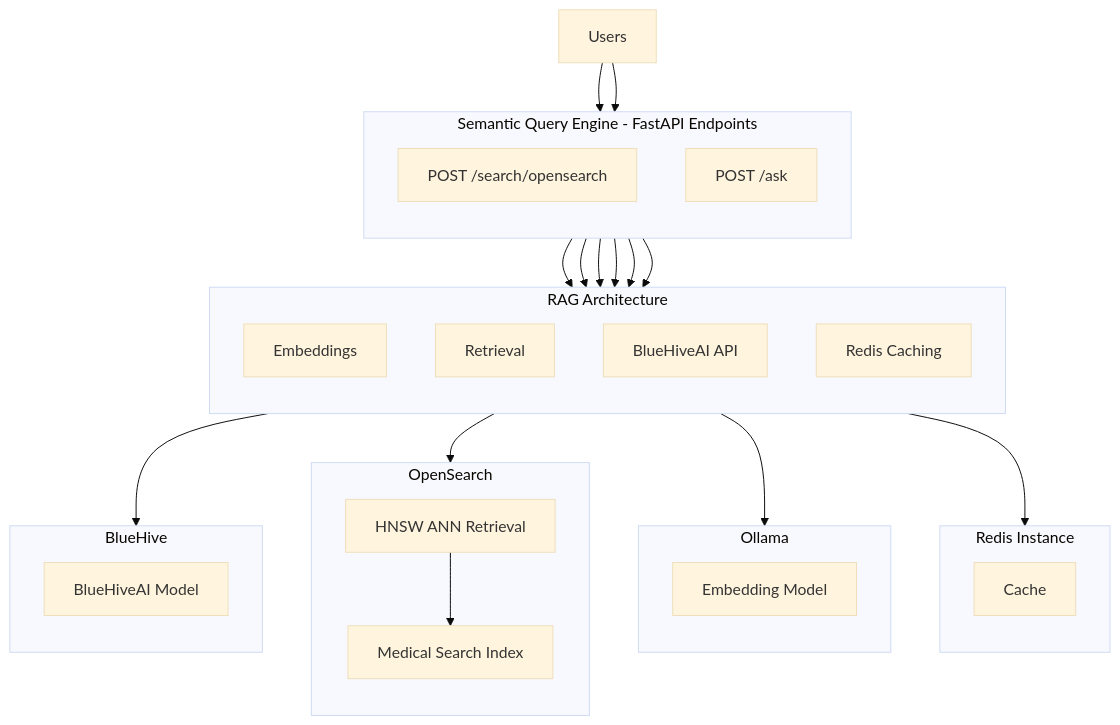
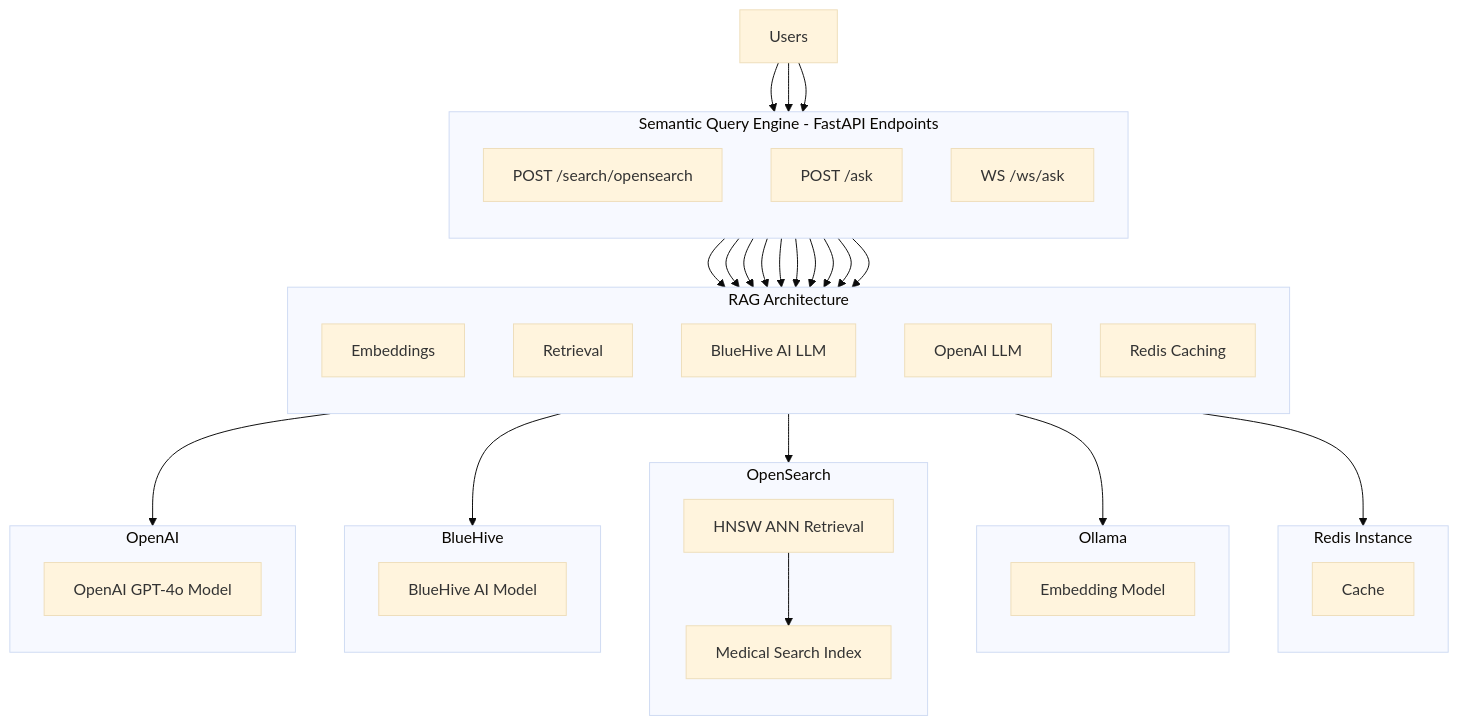
Before and after one commit to NeuralRevenant/semantic-query-engine: the diagram in README.md, drawn with Mermaid. The commit also changed other lines of this file, not shown here.

Commit message:
WS Added
WebSockets Layer added

````diff
--- a/README.md
+++ b/README.md
@@ -7,59 +7,67 @@
 ```mermaid
 ---
 config:
   theme: base
   themeVariables:
     primaryColor: #121212
     secondaryColor: #BB86FC
     tertiaryColor: #03DAC6
     primaryTextColor: #E0E0E0
     secondaryTextColor: #FFFFFF
     tertiaryTextColor: #FFFFFF
     lineColor: #BB86FC
     nodeBorder: #03DAC6
     clusterBkg: #1F1B24
     clusterBorder: #BB86FC
     background: #121212
     fontFamily: "Fira Code, monospace"
     outerStrokeWidth: 2px
     boxShadow: 5px 5px 15px rgba(0, 0, 0, 0.6)
 ---
 flowchart TD
  subgraph FastAPI["Semantic Query Engine - FastAPI Endpoints"]
     direction TB
         C["POST /search/opensearch"]
         D["POST /ask"]
+        W["WS /ws/ask"]
   end
  subgraph RAG_Model["RAG Architecture"]
     direction TB
         E["Embeddings"]
         F["Retrieval"]
-        G["BlueHiveAI API"]
+        G1["BlueHive AI LLM"]
+        G2["OpenAI LLM"]
         H["Redis Caching"]
   end
  subgraph Redis["Redis Instance"]
     direction TB
         I["Cache"]
   end
  subgraph Embedding_Service["Ollama"]
     direction TB
         J["Embedding Model"]
   end
  subgraph OpenSearch["OpenSearch"]
     direction TB
         L["HNSW ANN Retrieval"]
         M["Medical Search Index"]
   end
  subgraph BlueHive["BlueHive"]
     direction TB
-        N["BlueHiveAI Model"]
+        N["BlueHive AI Model"]
   end
-    n1["Users"] --> C & D
-    D --> E & F & G & H
+ subgraph OpenAI["OpenAI"]
+    direction TB
+        O["OpenAI GPT-4o Model"]
+  end
+    n1["Users"] --> C & D & W
+    W --> E & F & G2 & H
+    D --> E & F & G1 & H
     H --> I
     E --> J
     F --> L
     L --> M
-    G --> N
+    G1 --> N
+    G2 --> O
     C --> E & F
 ```
````
